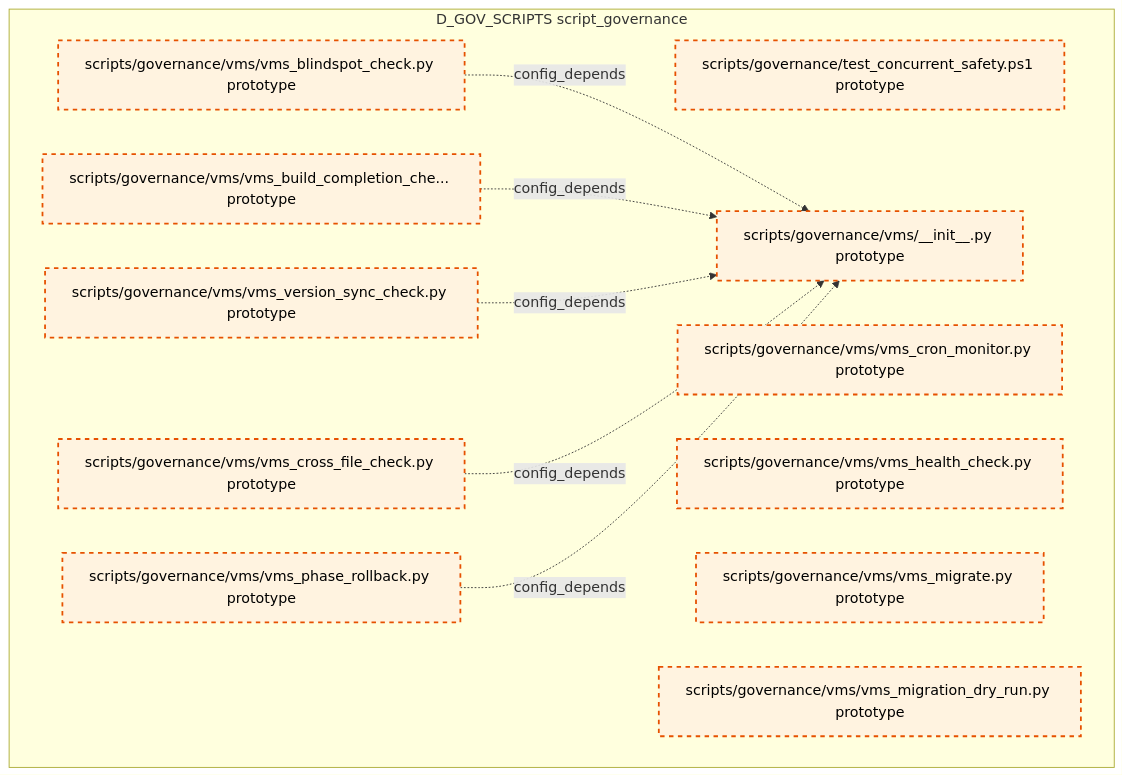
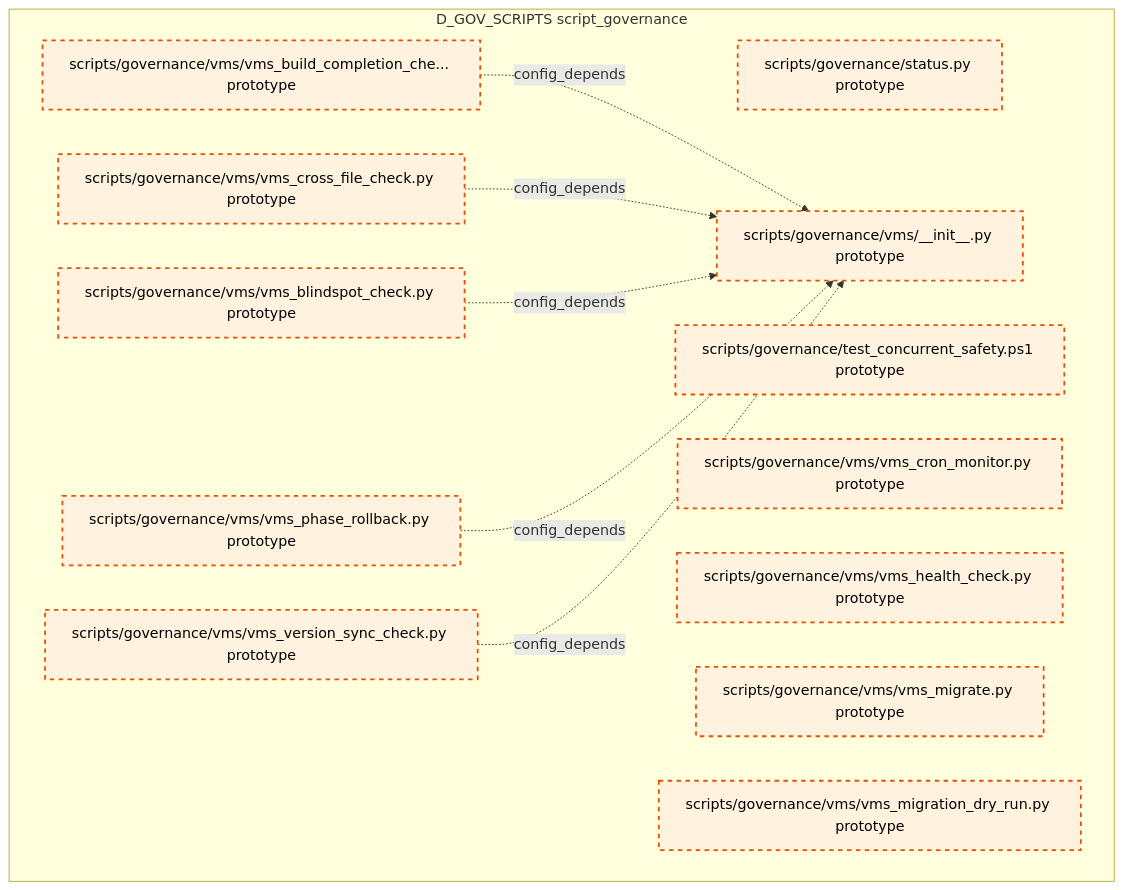
Before and after one commit to xuanFelixVan/ZephyrAlpha: diagram 15 of 15 in docs/02_enterprise_architecture/02_domain_architecture_docs/36_d_gov_scripts.md, drawn with Mermaid. The commit also changed other lines of this file and 99 other files, not shown here.

````diff
--- a/docs/02_enterprise_architecture/02_domain_architecture_docs/36_d_gov_scripts.md
+++ b/docs/02_enterprise_architecture/02_domain_architecture_docs/36_d_gov_scripts.md
@@ -1012,26 +1013,27 @@
 ```mermaid
 graph TD
     subgraph D_GOV_SCRIPTS["D_GOV_SCRIPTS script_governance"]
+        scripts_governance_status_py["scripts/governance/status.py prototype"]
         scripts_governance_test_concurrent_safety_ps1["scripts/governance/test_concurrent_safety.ps1 prototype"]
         scripts_governance_vms_init_py["scripts/governance/vms/__init__.py prototype"]
         scripts_governance_vms_vms_blindspot_check_py["scripts/governance/vms/vms_blindspot_check.py prototype"]
         scripts_governance_vms_vms_build_completion_check_py["scripts/governance/vms/vms_build_completion_che... prototype"]
         scripts_governance_vms_vms_cron_monitor_py["scripts/governance/vms/vms_cron_monitor.py prototype"]
         scripts_governance_vms_vms_cross_file_check_py["scripts/governance/vms/vms_cross_file_check.py prototype"]
         scripts_governance_vms_vms_health_check_py["scripts/governance/vms/vms_health_check.py prototype"]
         scripts_governance_vms_vms_migrate_py["scripts/governance/vms/vms_migrate.py prototype"]
         scripts_governance_vms_vms_migration_dry_run_py["scripts/governance/vms/vms_migration_dry_run.py prototype"]
         scripts_governance_vms_vms_phase_rollback_py["scripts/governance/vms/vms_phase_rollback.py prototype"]
         scripts_governance_vms_vms_version_sync_check_py["scripts/governance/vms/vms_version_sync_check.py prototype"]
     end
+    scripts_governance_vms_vms_build_completion_check_py -.->|config_depends| scripts_governance_vms_init_py
+    scripts_governance_vms_vms_cross_file_check_py -.->|config_depends| scripts_governance_vms_init_py
     scripts_governance_vms_vms_blindspot_check_py -.->|config_depends| scripts_governance_vms_init_py
-    scripts_governance_vms_vms_build_completion_check_py -.->|config_depends| scripts_governance_vms_init_py
+    scripts_governance_vms_vms_phase_rollback_py -.->|config_depends| scripts_governance_vms_init_py
     scripts_governance_vms_vms_version_sync_check_py -.->|config_depends| scripts_governance_vms_init_py
-    scripts_governance_vms_vms_cross_file_check_py -.->|config_depends| scripts_governance_vms_init_py
-    scripts_governance_vms_vms_phase_rollback_py -.->|config_depends| scripts_governance_vms_init_py
     classDef production fill:#e1f5fe,stroke:#01579b,stroke-width:2px,color:#000
     classDef design fill:#fff3e0,stroke:#e65100,stroke-width:2px,color:#000,stroke-dasharray: 5 5
     classDef external_prod fill:#e8f5e9,stroke:#1b5e20,stroke-width:1px,color:#000
     classDef external_design fill:#fce4ec,stroke:#880e4f,stroke-width:1px,color:#000,stroke-dasharray: 5 5
-    class scripts_governance_test_concurrent_safety_ps1,scripts_governance_vms_init_py,scripts_governance_vms_vms_blindspot_check_py,scripts_governance_vms_vms_build_completion_check_py,scripts_governance_vms_vms_cron_monitor_py,scripts_governance_vms_vms_cross_file_check_py,scripts_governance_vms_vms_health_check_py,scripts_governance_vms_vms_migrate_py,scripts_governance_vms_vms_migration_dry_run_py,scripts_governance_vms_vms_phase_rollback_py,scripts_governance_vms_vms_version_sync_check_py design
+    class scripts_governance_status_py,scripts_governance_test_concurrent_safety_ps1,scripts_governance_vms_init_py,scripts_governance_vms_vms_blindspot_check_py,scripts_governance_vms_vms_build_completion_check_py,scripts_governance_vms_vms_cron_monitor_py,scripts_governance_vms_vms_cross_file_check_py,scripts_governance_vms_vms_health_check_py,scripts_governance_vms_vms_migrate_py,scripts_governance_vms_vms_migration_dry_run_py,scripts_governance_vms_vms_phase_rollback_py,scripts_governance_vms_vms_version_sync_check_py design
 ```
````
